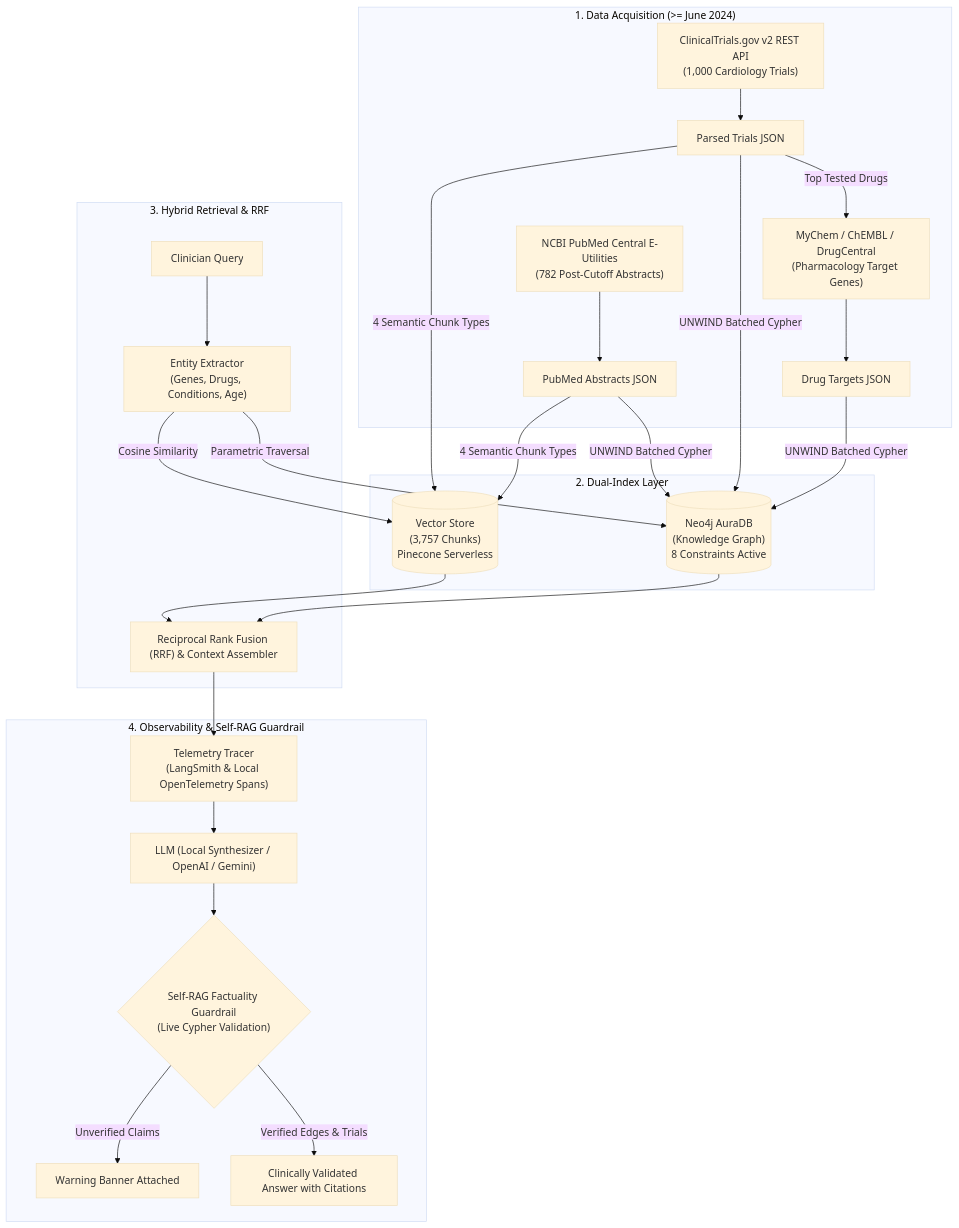
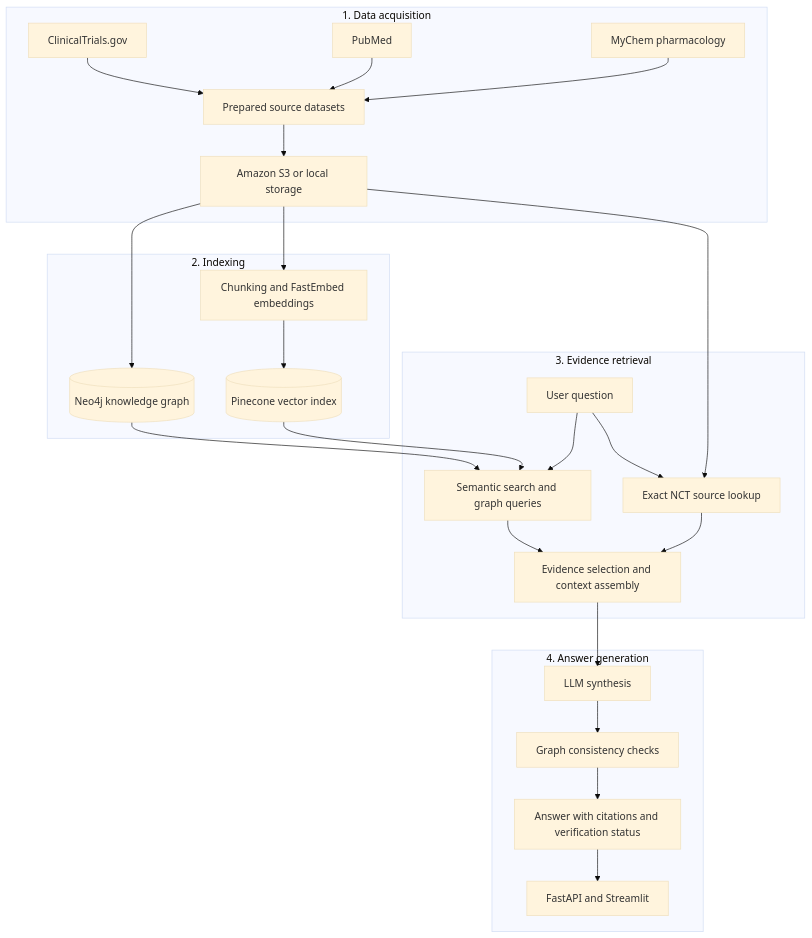
Before and after one commit to D-Zineb/clinical-trial-rag-copilot: the diagram in README.md, drawn with Mermaid (base theme). The commit also changed other lines of this file, not shown here.

````diff
--- a/README.md
+++ b/README.md
@@ -62,29 +21,32 @@
 ```mermaid
 flowchart TD
-    subgraph Ingestion ["1. Data Acquisition (>= June 2024)"]
-        CT["ClinicalTrials.gov v2 REST API\n(1,000 Cardiology Trials)"] --> P1["Parsed Trials JSON"]
-        P1 --> |Top Tested Drugs| MC["MyChem / ChEMBL / DrugCentral\n(Pharmacology Target Genes)"]
-        MC --> P2["Drug Targets JSON"]
-        PUB["NCBI PubMed Central E-Utilities\n(782 Post-Cutoff Abstracts)"] --> P3["PubMed Abstracts JSON"]
+    subgraph Sources["1. Data acquisition"]
+        CT["ClinicalTrials.gov"] --> DATA["Prepared source datasets"]
+        PUB["PubMed"] --> DATA
+        MC["MyChem pharmacology"] --> DATA
+        DATA --> STORE["Amazon S3 or local storage"]
     end
 
-    subgraph Dual_Index ["2. Dual-Index Layer"]
-        P1 & P2 & P3 --> |UNWIND Batched Cypher| NEO4J[("Neo4j AuraDB\n(Knowledge Graph)\n8 Constraints Active")]
-        P1 & P3 --> |4 Semantic Chunk Types| VEC[("Vector Store\n(3,757 Chunks)\nPinecone Serverless")]
+    subgraph Indexing["2. Indexing"]
+        STORE --> GRAPH[("Neo4j knowledge graph")]
+        STORE --> EMB["Chunking and FastEmbed embeddings"]
+        EMB --> VECTOR[("Pinecone vector index")]
     end
 
-    subgraph Hybrid_Engine ["3. Hybrid Retrieval & RRF"]
-        UQ["Clinician Query"] --> ENT["Entity Extractor\n(Genes, Drugs, Conditions, Age)"]
-        ENT --> |Parametric Traversal| NEO4J
-        ENT --> |Cosine Similarity| VEC
-        NEO4J & VEC --> RRF["Reciprocal Rank Fusion (RRF) & Context Assembler"]
+    subgraph Retrieval["3. Evidence retrieval"]
+        QUERY["User question"] --> HYBRID["Semantic search and graph queries"]
+        GRAPH --> HYBRID
+        VECTOR --> HYBRID
+        QUERY --> EXACT["Exact NCT source lookup"]
+        STORE --> EXACT
+        HYBRID --> CONTEXT["Evidence selection and context assembly"]
+        EXACT --> CONTEXT
     end
 
-    subgraph Observability_Guardrail ["4. Observability & Self-RAG Guardrail"]
-        RRF --> TRACE["Telemetry Tracer\n(LangSmith & Local OpenTelemetry Spans)"]
-        TRACE --> LLM["LLM (Local Synthesizer / OpenAI / Gemini)"]
-        LLM --> GUARD{"Self-RAG Factuality Guardrail\n(Live Cypher Validation)"}
-        GUARD --> |Verified Edges & Trials| OUT["Clinically Validated Answer with Citations"]
-        GUARD --> |Unverified Claims| WARN["Warning Banner Attached"]
+    subgraph Answer["4. Answer generation"]
+        CONTEXT --> LLM["LLM synthesis"]
+        LLM --> CHECK["Graph consistency checks"]
+        CHECK --> OUTPUT["Answer with citations and verification status"]
+        OUTPUT --> APP["FastAPI and Streamlit"]
     end
 ```
````
